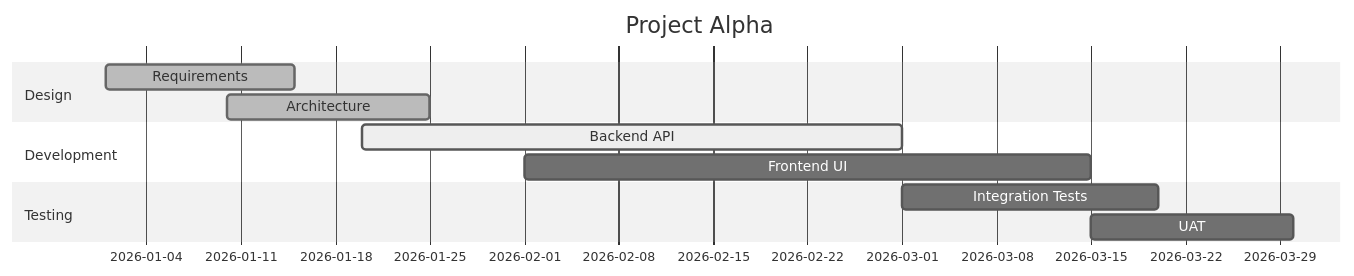
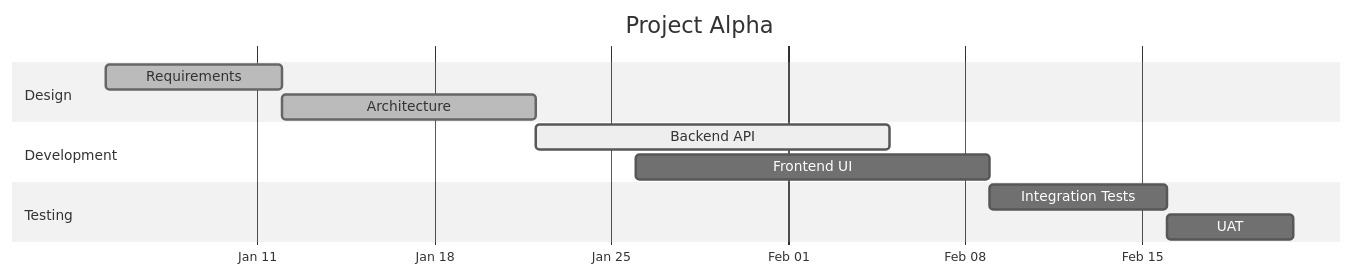
Before and after one commit to ngallo/ngallo.github.io: the fifth of 7 diagrams in content/blog/2026-03-06/latex-support.md, drawn with Mermaid (neutral theme). The commit also changed other lines of this file and 1 other file, not shown here.

Commit message:
refactoring of the style

````diff
--- a/content/blog/2026-03-06/latex-support.md
+++ b/content/blog/2026-03-06/latex-support.md
@@ -192,14 +192,16 @@
 ```mermaid
 gantt
     title Project Alpha
     dateFormat  YYYY-MM-DD
+    axisFormat  %b %d
+    tickInterval 1week
     section Design
-        Requirements     :done,    des1, 2026-01-01, 2026-01-15
-        Architecture     :done,    des2, 2026-01-10, 2026-01-25
+        Requirements     :done,    des1, 2026-01-05, 7d
+        Architecture     :done,    des2, 2026-01-12, 10d
     section Development
-        Backend API      :active,  dev1, 2026-01-20, 2026-03-01
-        Frontend UI      :         dev2, 2026-02-01, 2026-03-15
+        Backend API      :active,  dev1, 2026-01-22, 14d
+        Frontend UI      :         dev2, 2026-01-26, 14d
     section Testing
-        Integration Tests:         test1, 2026-03-01, 2026-03-20
-        UAT              :         test2, 2026-03-15, 2026-03-30
+        Integration Tests:         test1, 2026-02-09, 7d
+        UAT              :         test2, 2026-02-16, 5d
 ```
````
